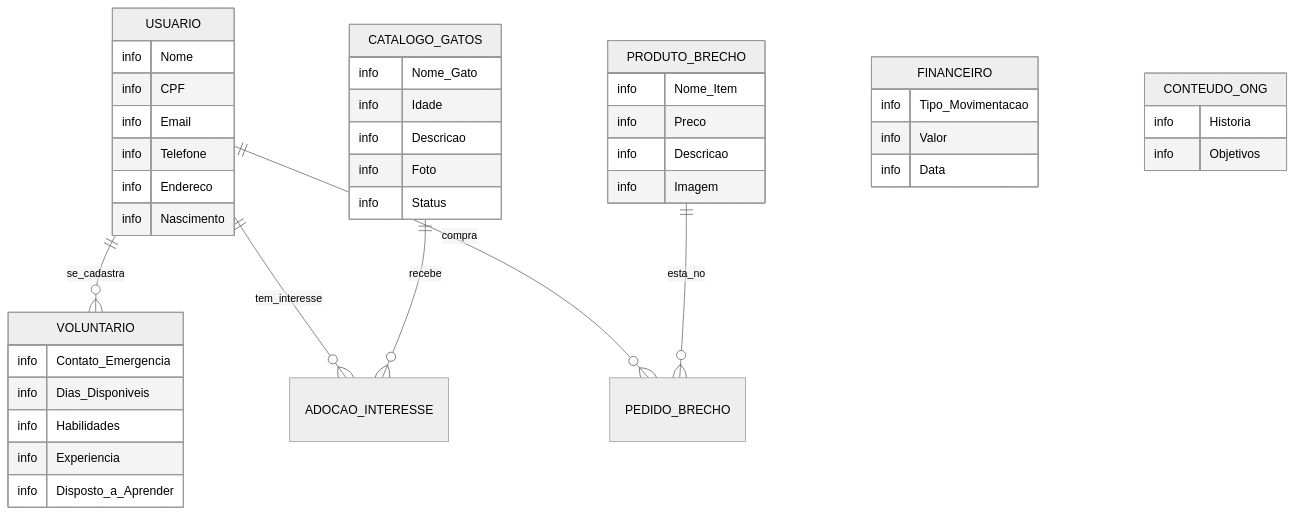
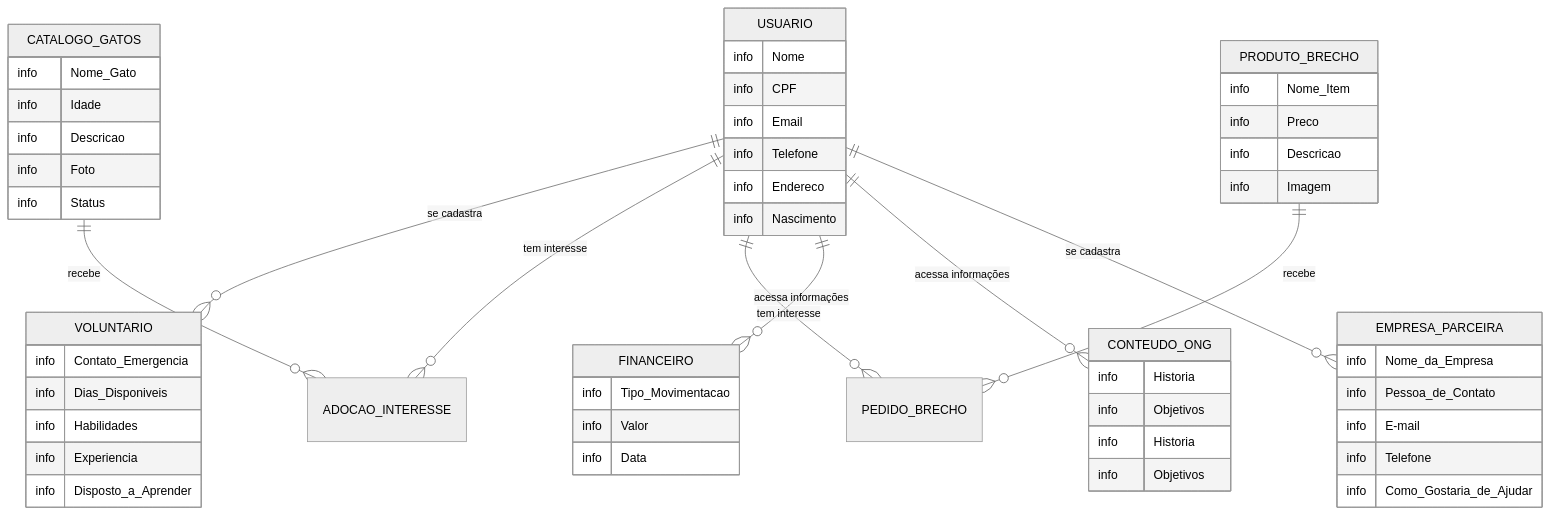
The diagram in docs/diagramas/diagrama_er.md (ligiaoliveira/Casa-dos-Gatos), drawn with Mermaid (neutral theme) before and after one commit.

````diff
--- a/docs/diagramas/diagrama_er.md
+++ b/docs/diagramas/diagrama_er.md
@@ -1,52 +1,70 @@
 ```mermaid
 erDiagram
-    USUARIO ||--o{ VOLUNTARIO : "se_cadastra"
-    USUARIO ||--o{ ADOCAO_INTERESSE : "tem_interesse"
-    USUARIO ||--o{ PEDIDO_BRECHO : "compra"
+    USUARIO ||--o{ VOLUNTARIO : "se cadastra"
+    USUARIO ||--o{ ADOCAO_INTERESSE : "tem interesse"
+    USUARIO ||--o{ PEDIDO_BRECHO : "tem interesse"
+    USUARIO ||--o{ FINANCEIRO : "acessa informações"
+    USUARIO ||--o{ CONTEUDO_ONG : "acessa informações"
+    USUARIO ||--o{ EMPRESA_PARCEIRA : "se cadastra"
     
     CATALOGO_GATOS ||--o{ ADOCAO_INTERESSE : "recebe"
-    PRODUTO_BRECHO ||--o{ PEDIDO_BRECHO : "esta_no"
+    PRODUTO_BRECHO ||--o{ PEDIDO_BRECHO : "recebe"
 
     USUARIO {
         info Nome
         info CPF
         info Email
         info Telefone
         info Endereco
         info Nascimento
     }
 
     VOLUNTARIO {
         info Contato_Emergencia
         info Dias_Disponiveis
         info Habilidades
         info Experiencia
         info Disposto_a_Aprender
     }
 
     CATALOGO_GATOS {
         info Nome_Gato
         info Idade
         info Descricao
         info Foto
         info Status
     }
 
     PRODUTO_BRECHO {
         info Nome_Item
         info Preco
         info Descricao
         info Imagem
     }
 
     FINANCEIRO {
         info Tipo_Movimentacao
         info Valor
         info Data
     }
 
     CONTEUDO_ONG {
         info Historia
         info Objetivos
     }
+    
+    EMPRESA_PARCEIRA {
+        info Nome_da_Empresa
+        info Pessoa_de_Contato
+        info E-mail
+        info Telefone
+        info Como_Gostaria_de_Ajudar
+    }
+
+
+
+    CONTEUDO_ONG {
+        info Historia
+        info Objetivos
+    }
 ```
````
